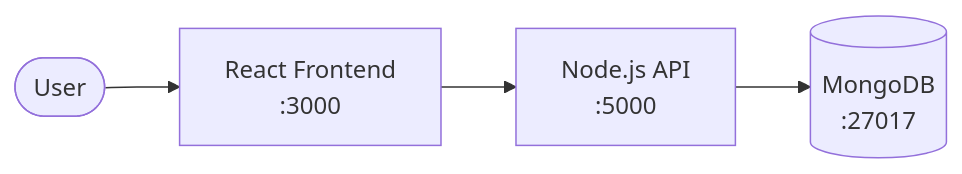
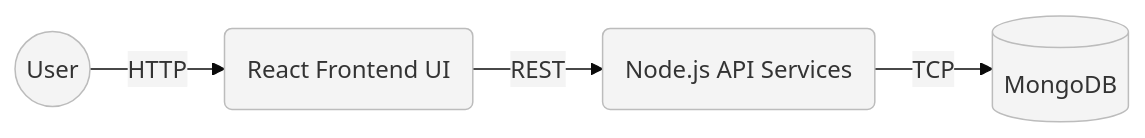
Before and after one commit to jotyprokash/Flightly-Fly-application-K8s-Multi-Cloud: the diagram in README.md, drawn with Mermaid. The commit also changed other lines of this file and 1 other file, not shown here.

Commit message:
update tech badges and architecture design in readme

````diff
--- a/README.md
+++ b/README.md
@@ -16,6 +21,7 @@
 ```mermaid
+%%{init: {'theme': 'base', 'themeVariables': { 'primaryColor': '#f4f4f4', 'primaryBorderColor': '#bcbcbc' }}}%%
 graph LR
-    Client([User]) --> UI[React Frontend \n :3000]
-    UI --> API[Node.js API \n :5000]
-    API --> DB[(MongoDB \n :27017)]
+    Client((User)) -->|HTTP| UI(React Frontend UI)
+    UI -->|REST| API(Node.js API Services)
+    API -->|TCP| DB[(MongoDB)]
 ```
````
